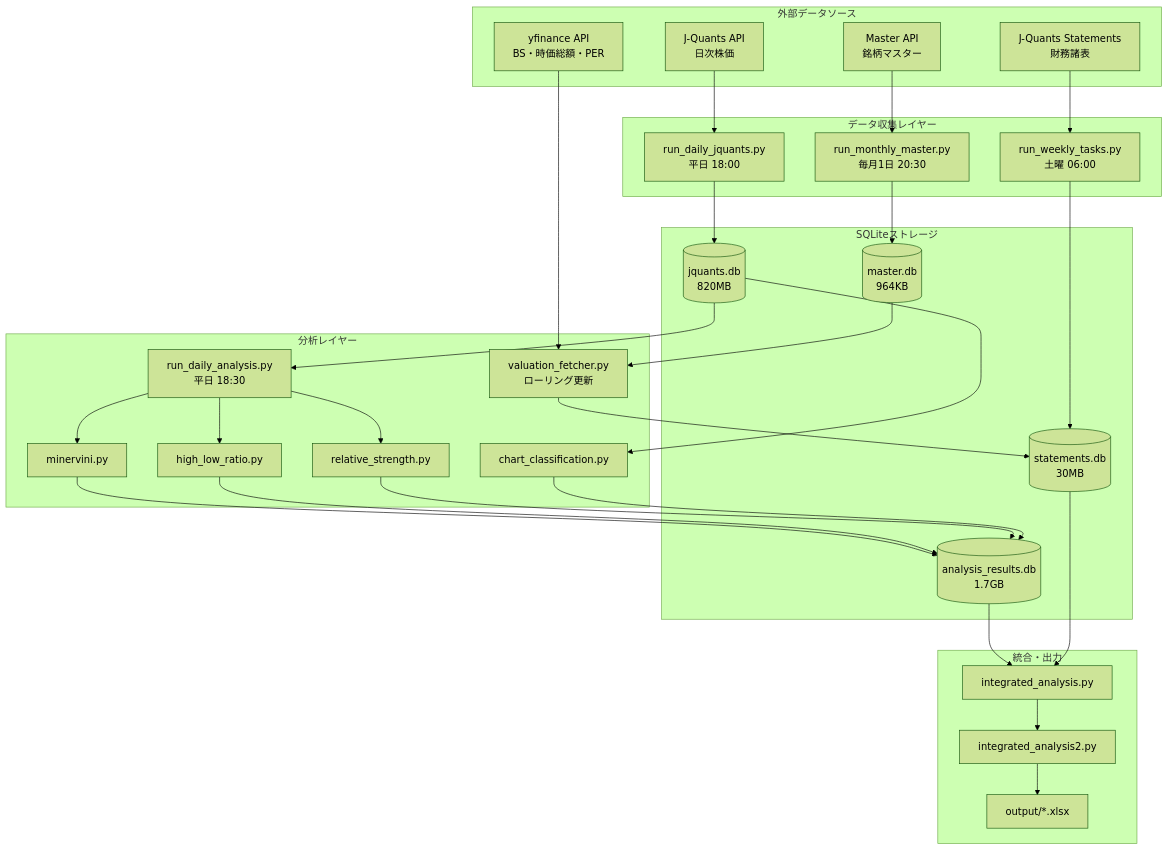
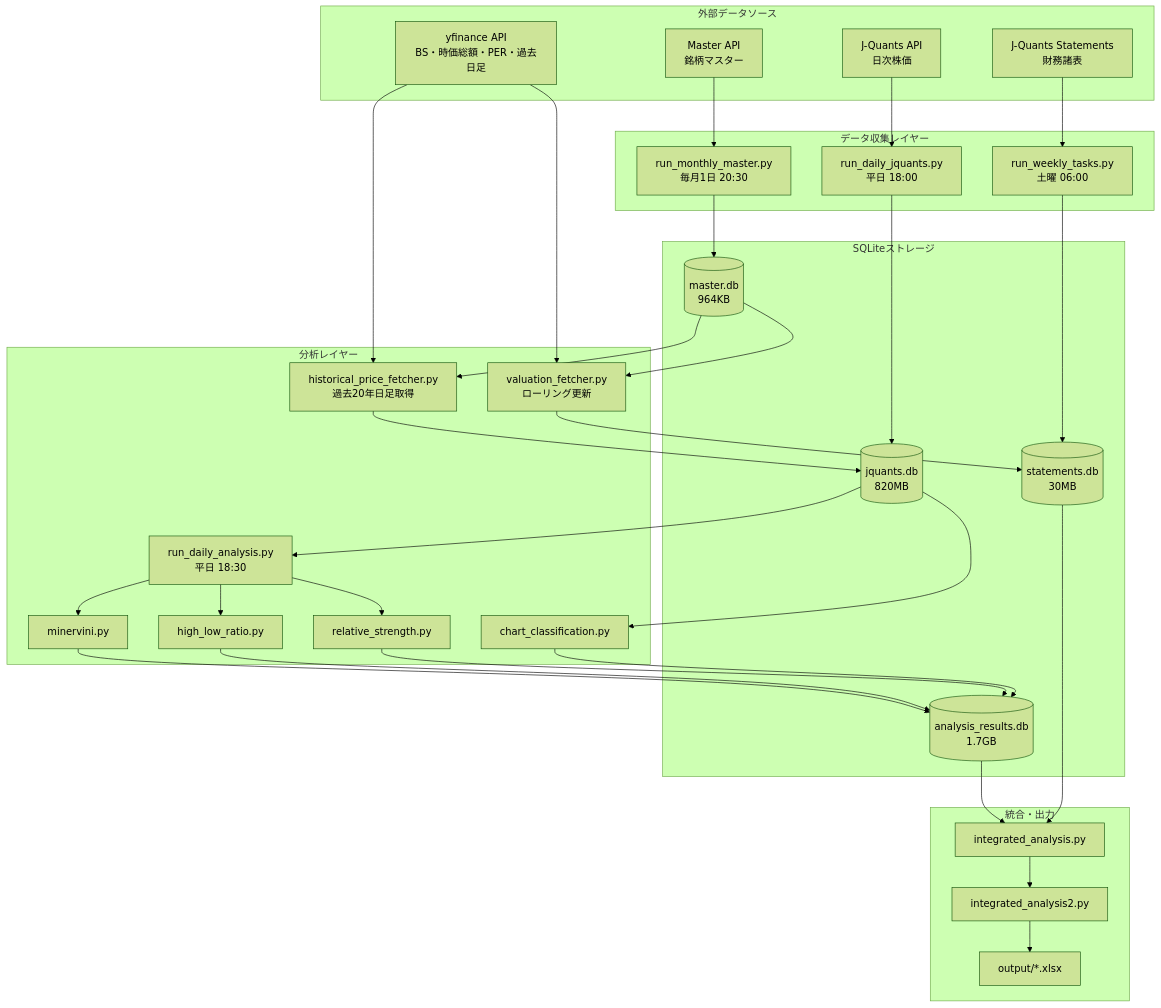
One commit to aidotters/stock-analysis changed the first of 8 diagrams in docs/core/diagrams.md. Above: the diagram before and after it, drawn with Mermaid (forest theme). The commit also changed other lines of this file and 11 other files, not shown here.

````diff
--- a/docs/core/diagrams.md
+++ b/docs/core/diagrams.md
@@ -5,53 +5,56 @@
 ```mermaid
 flowchart TB
     subgraph External["外部データソース"]
         JQ[J-Quants API<br/>日次株価]
         JS[J-Quants Statements<br/>財務諸表]
         MA[Master API<br/>銘柄マスター]
-        YF[yfinance API<br/>BS・時価総額・PER]
+        YF[yfinance API<br/>BS・時価総額・PER・過去日足]
     end
 
     subgraph Collection["データ収集レイヤー"]
         RDJ[run_daily_jquants.py<br/>平日 18:00]
         RWT[run_weekly_tasks.py<br/>土曜 06:00]
         RMM[run_monthly_master.py<br/>毎月1日 20:30]
     end
 
     subgraph Storage["SQLiteストレージ"]
         JDB[(jquants.db<br/>820MB)]
         SDB[(statements.db<br/>30MB)]
         MDB[(master.db<br/>964KB)]
         ADB[(analysis_results.db<br/>1.7GB)]
     end
 
     subgraph Analysis["分析レイヤー"]
         RDA[run_daily_analysis.py<br/>平日 18:30]
         MIN[minervini.py]
         HLR[high_low_ratio.py]
         RSP[relative_strength.py]
         CHR[chart_classification.py]
         VF[valuation_fetcher.py<br/>ローリング更新]
+        HPF[historical_price_fetcher.py<br/>過去20年日足取得]
     end
 
     subgraph Integration["統合・出力"]
         IA1[integrated_analysis.py]
         IA2[integrated_analysis2.py]
         OUT[output/*.xlsx]
     end
 
     JQ --> RDJ --> JDB
     JS --> RWT --> SDB
     MA --> RMM --> MDB
 
     JDB --> RDA
     RDA --> MIN --> ADB
     RDA --> HLR --> ADB
     RDA --> RSP --> ADB
     JDB --> CHR --> ADB
     MDB --> VF
     YF --> VF --> SDB
+    MDB --> HPF
+    YF --> HPF --> JDB
 
     ADB --> IA1
     SDB --> IA1
     IA1 --> IA2 --> OUT
 ```
````
